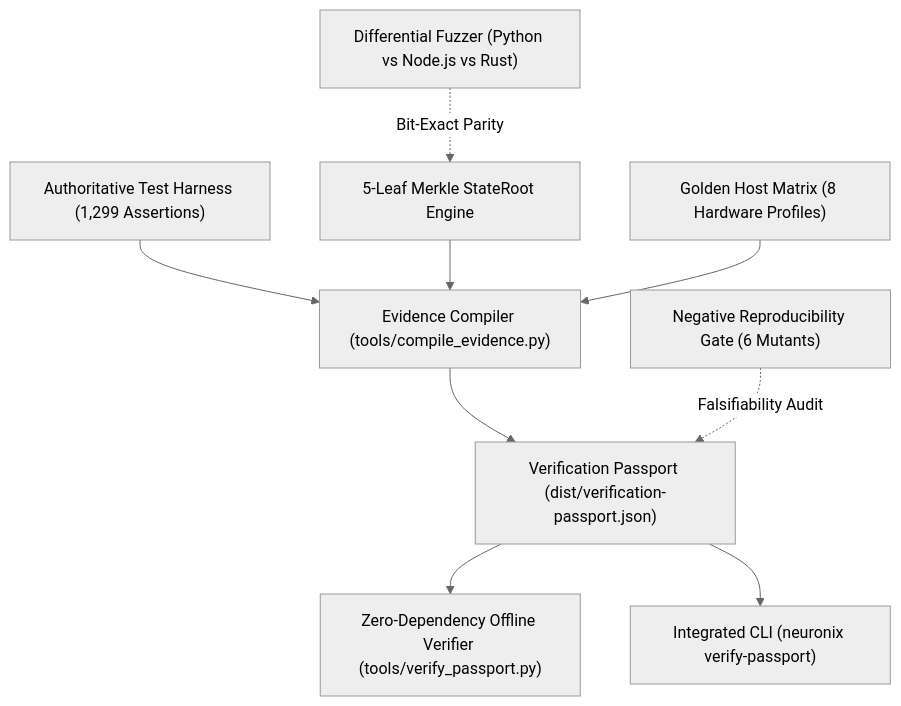
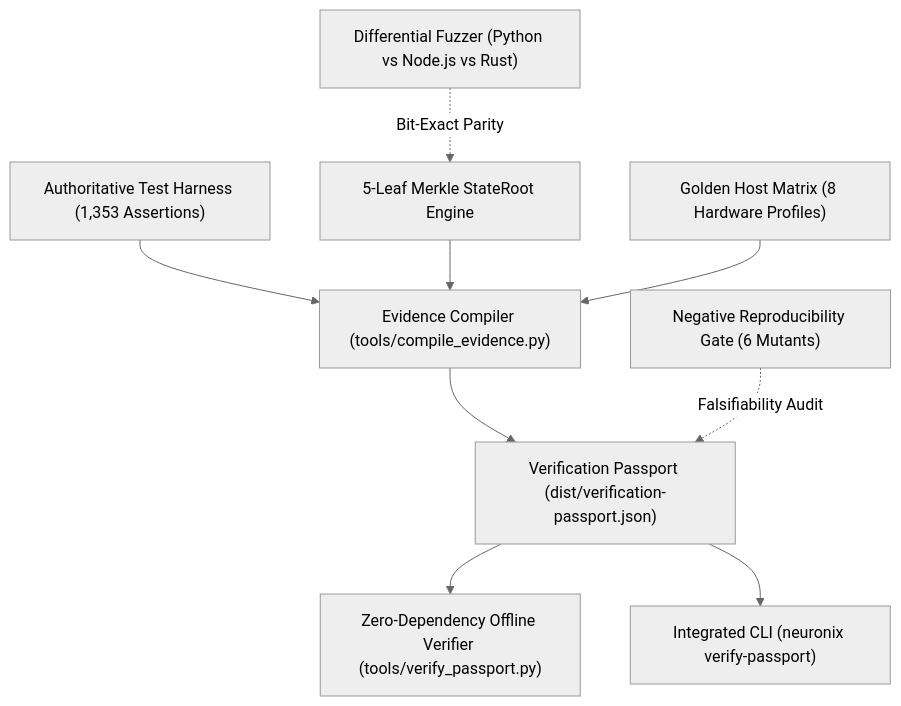
One commit to adamriofc/NeuronixOS changed the sixth of 7 diagrams in README.md. Above: the diagram before and after it, drawn with Mermaid (neutral theme). The commit also changed other lines of this file and 1 other file, not shown here.

Commit message:
docs(release): synchronize documentation and qualification report to 1353 assertions and certified CI runs

````diff
--- a/README.md
+++ b/README.md
@@ -1030,11 +1030,11 @@
 ```mermaid
 flowchart TD
-    A["Authoritative Test Harness (1,299 Assertions)"] --> B["Evidence Compiler (tools/compile_evidence.py)"]
+    A["Authoritative Test Harness (1,353 Assertions)"] --> B["Evidence Compiler (tools/compile_evidence.py)"]
     C["5-Leaf Merkle StateRoot Engine"] --> B
     D["Golden Host Matrix (8 Hardware Profiles)"] --> B
     B --> E["Verification Passport (dist/verification-passport.json)"]
     E --> F["Zero-Dependency Offline Verifier (tools/verify_passport.py)"]
     E --> G["Integrated CLI (neuronix verify-passport)"]
     H["Negative Reproducibility Gate (6 Mutants)"] -.->|Falsifiability Audit| E
     I["Differential Fuzzer (Python vs Node.js vs Rust)"] -.->|Bit-Exact Parity| C
 ```
````
